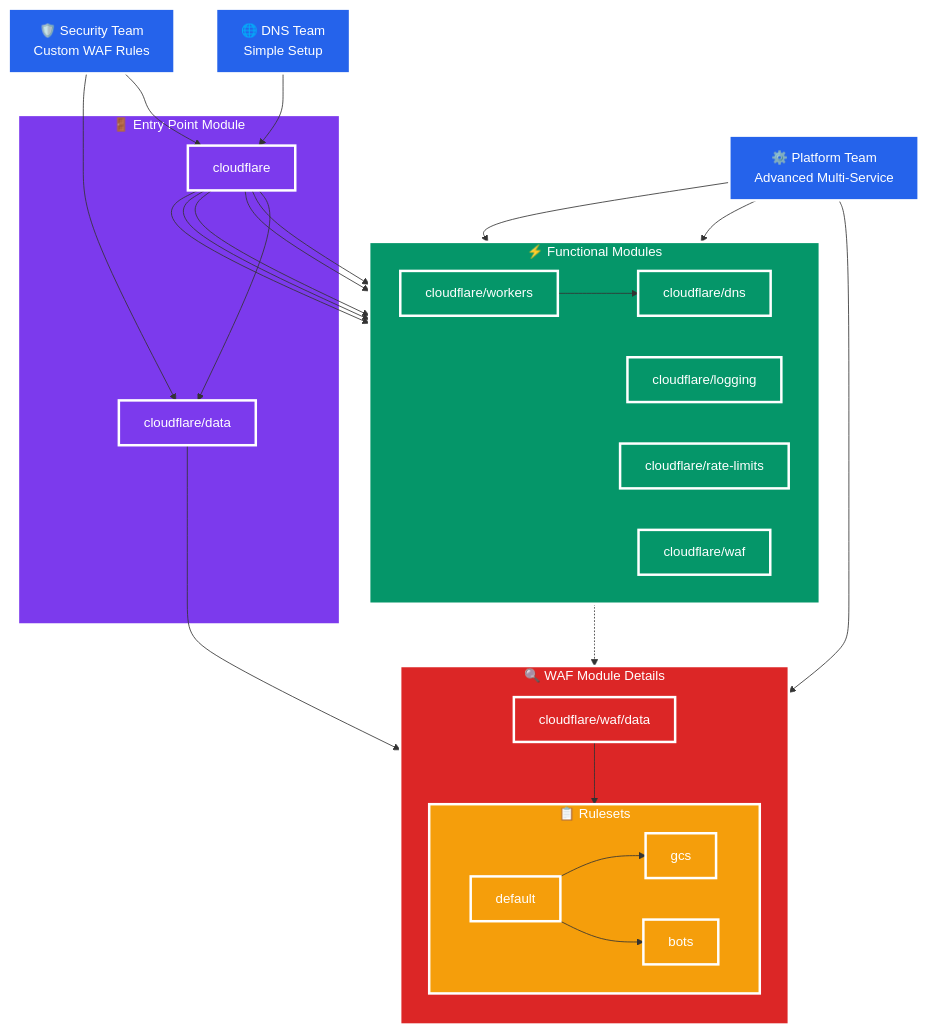
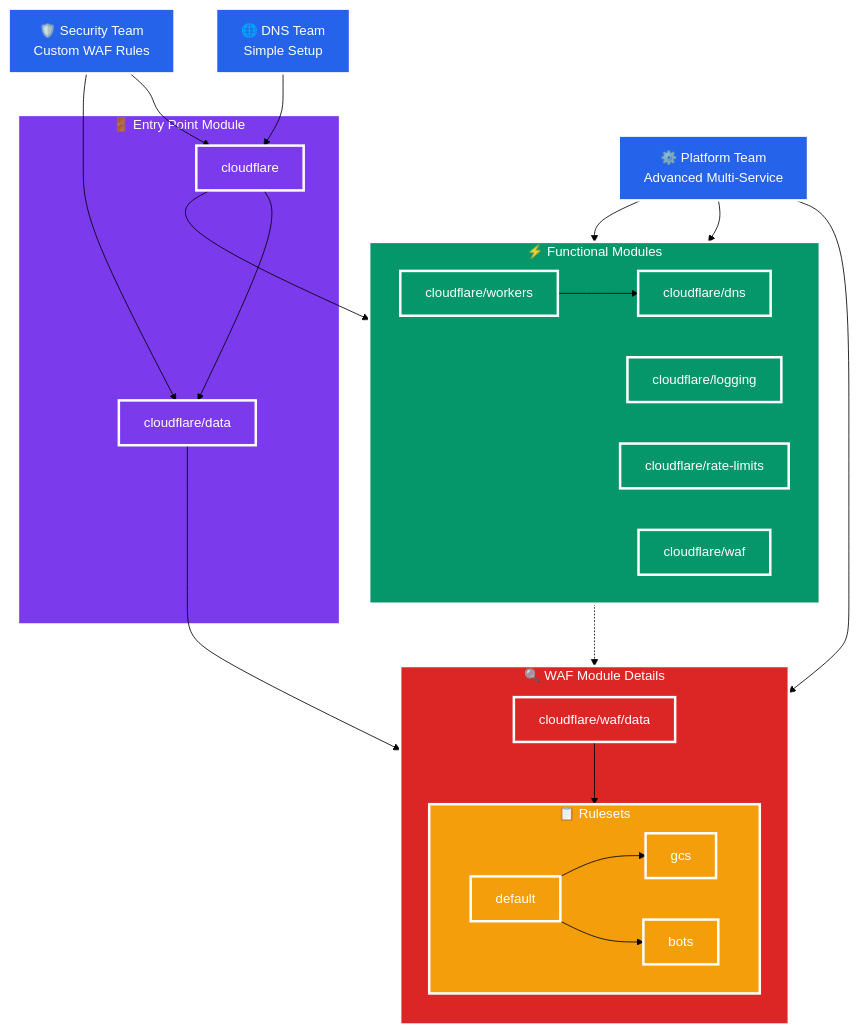
One commit to zalyoung/gitlab-handbook changed the diagram in content/handbook/engineering/architecture/design-documents/cloudflare-standardization/_index.md. Above: the diagram before and after it, drawn with Mermaid. The commit also changed other lines of this file, not shown here.

Commit message:
Update based on initial feedback
This change addresses some of the initial feedback on the design doc:

- Adding links to some keywords and concepts
- Making the diagram showing module relationships simpler
- Markdownlint fixes

````diff
--- a/content/handbook/engineering/architecture/design-documents/cloudflare-standardization/_index.md
+++ b/content/handbook/engineering/architecture/design-documents/cloudflare-standardization/_index.md
@@ -275,75 +277,69 @@
 ```mermaid
+%%{
+  init: {
+    'themeVariables': {
+      'lineColor': 'black'
+    }
+  }
+}%%
+
 flowchart TD
     %% Individual teams at the top
     user1["🌐 DNS Team<br/>Simple Setup"]
     user2["🛡️ Security Team<br/>Custom WAF Rules"]
     user3["⚙️ Platform Team<br/>Advanced Multi-Service"]
-
     %% Main entry point module
     subgraph entry-module[" 🚪 Entry Point Module "]
         cloudflare[cloudflare]
         cf-data[cloudflare/data]
         cloudflare --> cf-data
     end
-
     %% Functional modules layer
     subgraph functional-layer[" ⚡ Functional Modules "]
         direction LR
         cf-dns[cloudflare/dns]
         cf-workers[cloudflare/workers]
         cf-logging[cloudflare/logging]
         cf-rates[cloudflare/rate-limits]
         cf-waf[cloudflare/waf]
     end
-
     %% Detailed WAF module (separate for clarity)
     subgraph waf-detail[" 🔍 WAF Module Details "]
         direction TB
         waf-data[cloudflare/waf/data]
-
         subgraph waf-rulesets[" 📋 Rulesets "]
             direction LR
             waf-default[default]
             waf-gcs[gcs]
             waf-bots[bots]
             waf-default --> waf-gcs
             waf-default --> waf-bots
         end
         waf-data --> waf-rulesets
     end
-
     %% User to entry point connections
     user1 --> cloudflare
     user2 --> cloudflare
     user2 --> cf-data
     user3 --> cf-waf
     user3 --> waf-data
     user3 --> cf-rates
-
     %% Entry point to functional modules
-    cloudflare --> cf-dns
-    cloudflare --> cf-workers
-    cloudflare --> cf-logging
-    cloudflare --> cf-rates
-    cloudflare --> cf-waf
-
+    cloudflare --> functional-layer
     %% Data flow connections
     cf-data --> waf-data
     cf-waf -.-> waf-data
-
     %% Cross-dependencies
     cf-workers --> cf-dns
-
     %% Accessible styling
     classDef teamStyle fill:#2563eb,stroke:#ffffff,stroke-width:3px,color:#ffffff
     classDef entryStyle fill:#7c3aed,stroke:#ffffff,stroke-width:3px,color:#ffffff
     classDef functionalStyle fill:#059669,stroke:#ffffff,stroke-width:3px,color:#ffffff
     classDef dataStyle fill:#dc2626,stroke:#ffffff,stroke-width:3px,color:#ffffff
     classDef rulesetStyle fill:#f59e0b,stroke:#ffffff,stroke-width:3px,color:#ffffff
-
     class user1,user2,user3 teamStyle
     class entry-module,cloudflare,cf-data entryStyle
     class functional-layer,cf-dns,cf-workers,cf-logging,cf-rates,cf-waf functionalStyle
     class waf-detail,rate-detail,waf-data dataStyle
     class waf-rulesets,waf-default,waf-gcs,waf-bots rulesetStyle
 ```
````
